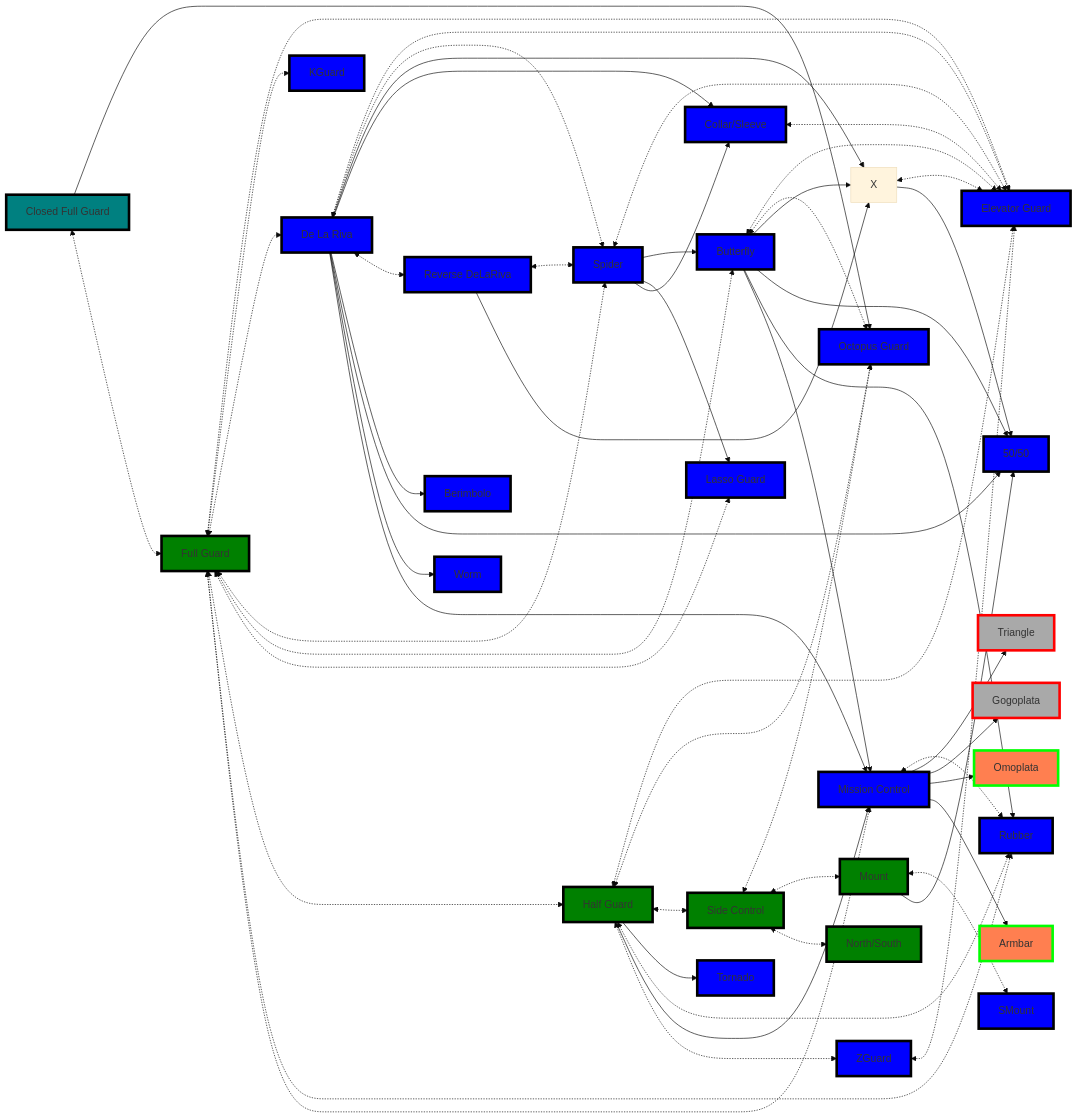
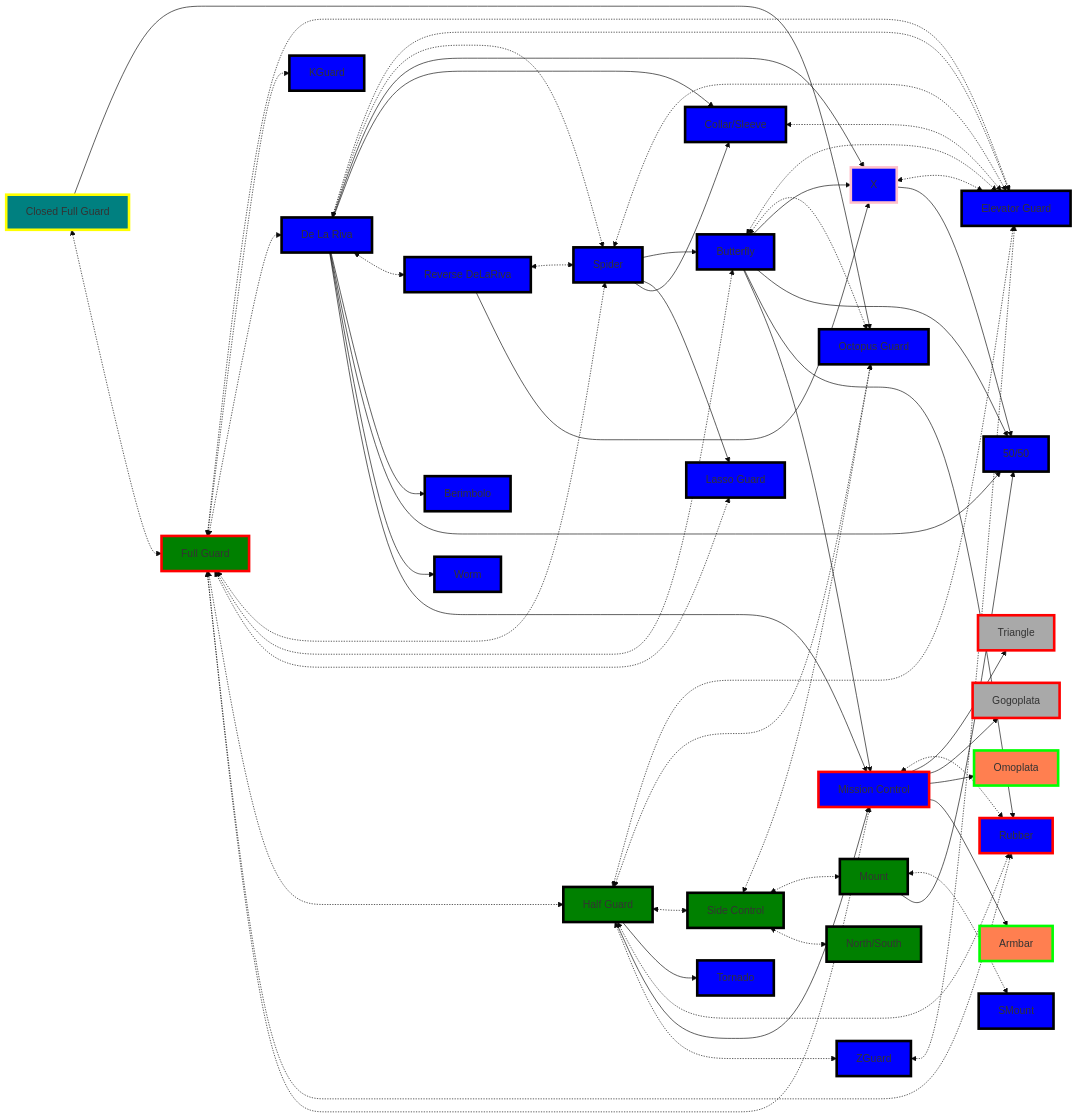
Before and after one commit to jacgit18/DevHiveMind: the first of 4 diagrams in _Fitness/BJJ Priority Flows.md, drawn with Mermaid (base theme). The commit also changed other lines of this file, not shown here.

Commit message:
M "_Fitness/BJJ Priority Flows.md"

```diff
--- a/_Fitness/BJJ Priority Flows.md
+++ b/_Fitness/BJJ Priority Flows.md
@@ -114,13 +114,13 @@
 
 style OctopusGuard fill:blue,stroke:black,stroke-width:4px,shadow:shadow
 
-style Closed fill:teal,stroke:black,stroke-width:4px,shadow:shadow
+style Closed fill:teal,stroke:yellow,stroke-width:4px,shadow:shadow
 
 style KGuard fill:blue,stroke:black,stroke-width:4px,shadow:shadow
 
 style ElevatorGuard fill:blue,stroke:black,stroke-width:4px,shadow:shadow
 
-style A fill:green,stroke:black,stroke-width:4px,shadow:shadow
+style A fill:green,stroke:red,stroke-width:4px,shadow:shadow
 
 style B fill:blue,stroke:black,stroke-width:4px,shadow:shadow
 
@@ -129,6 +129,8 @@
 style D fill:blue,stroke:black,stroke-width:4px,shadow:shadow
 
 style E fill:blue,stroke:black,stroke-width:4px,shadow:shadow
+
+style F fill:blue,stroke:pink,stroke-width:4px,shadow:shadow
 
 style G fill:blue,stroke:black,stroke-width:4px,shadow:shadow
 
@@ -150,9 +152,9 @@
 
 style P fill:blue,stroke:black,stroke-width:4px,shadow:shadow
 
-style Q fill:blue,stroke:black,stroke-width:4px,shadow:shadow
+style Q fill:blue,stroke:red,stroke-width:4px,shadow:shadow
 
-style R fill:blue,stroke:black,stroke-width:4px,shadow:shadow
+style R fill:blue,stroke:red,stroke-width:4px,shadow:shadow
 
 style Z fill:blue,stroke:black,stroke-width:4px,shadow:shadow
 
```
